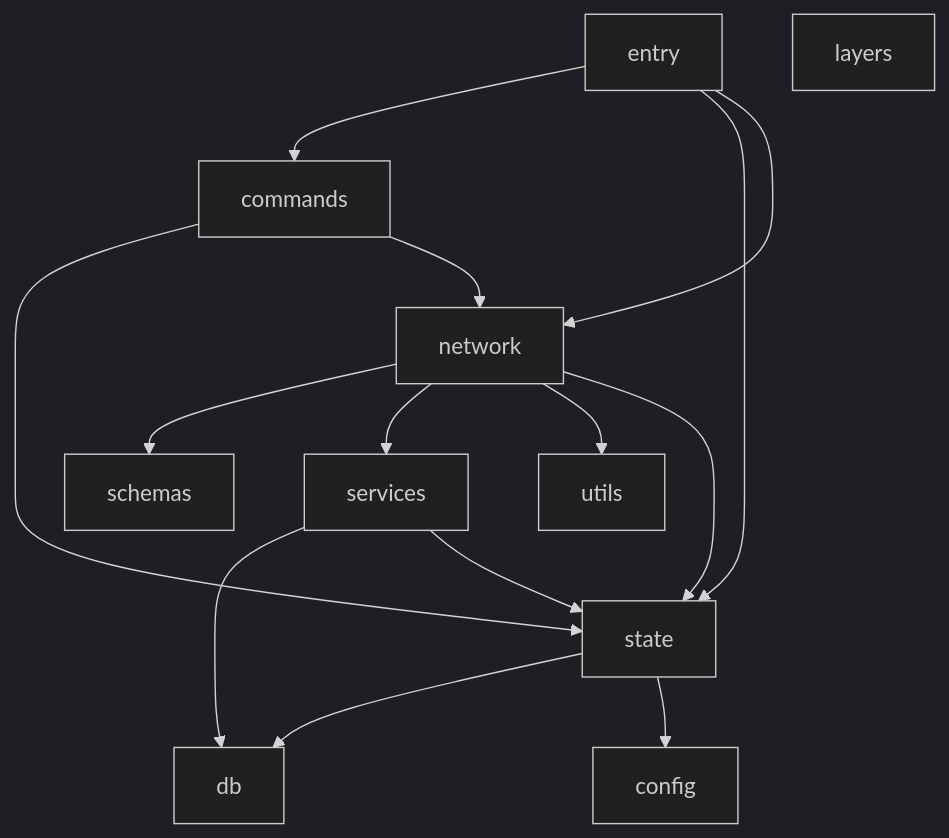
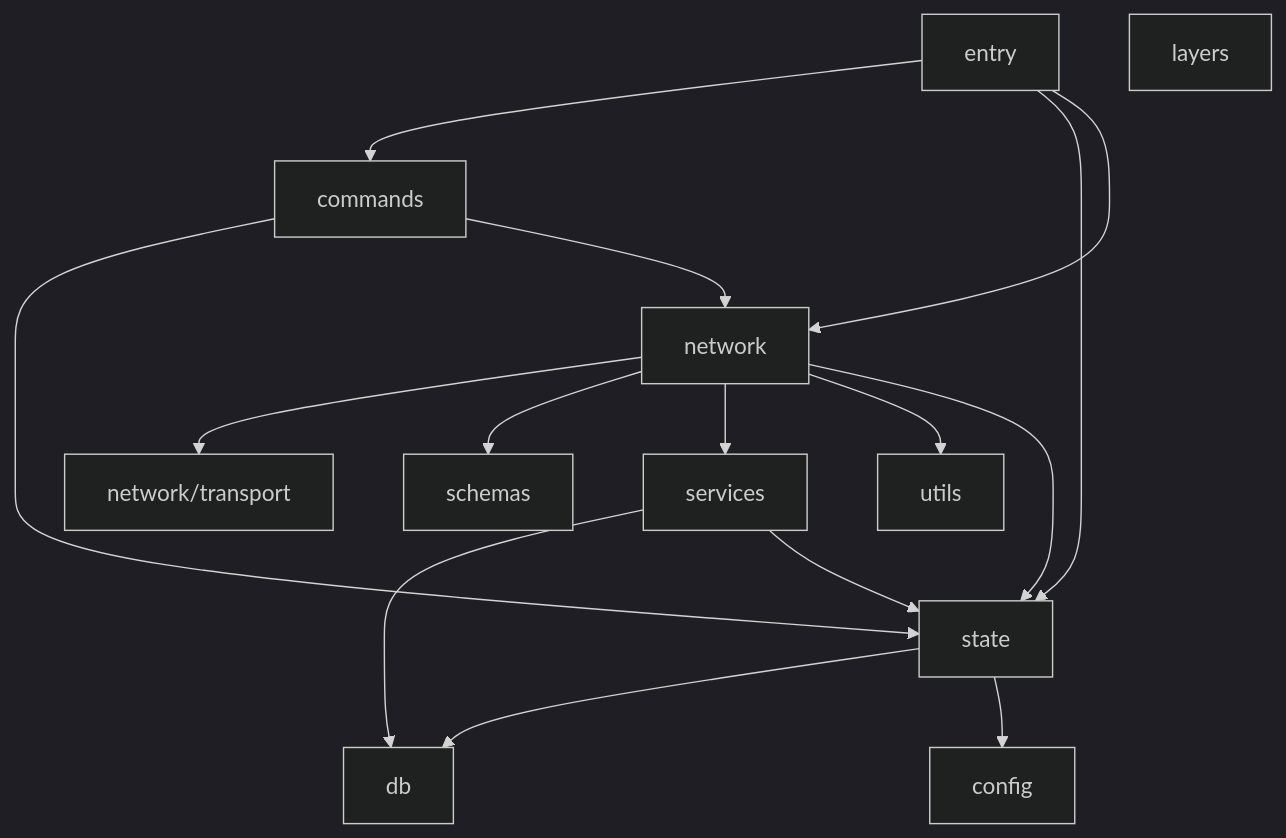
One commit to XiaoSong-dada/xs-examination changed the fifth of 5 diagrams in .copilot/project-dependency-map.md. Above: the diagram before and after it, drawn with Mermaid (dark theme). The commit also changed other lines of this file and 2 other files, not shown here.

````diff
--- a/.copilot/project-dependency-map.md
+++ b/.copilot/project-dependency-map.md
@@ -435,27 +442,29 @@
 ```mermaid
 graph TD
     SEntry[entry]
     SCmd[commands]
     SNet[network]
+    STransport[network/transport]
     SSvc[services]
     SSchema[schemas]
     SState[state]
     SDb[db]
     SConfig[config]
     SUtils[utils]
     SLayers[layers]
 
     SEntry --> SCmd
     SEntry --> SState
     SEntry --> SNet
     SCmd --> SState
     SCmd --> SNet
+    SNet --> STransport
     SNet --> SSchema
     SNet --> SSvc
     SNet --> SUtils
     SNet --> SState
     SSvc --> SDb
     SSvc --> SState
     SState --> SDb
     SState --> SConfig
 ```
````
